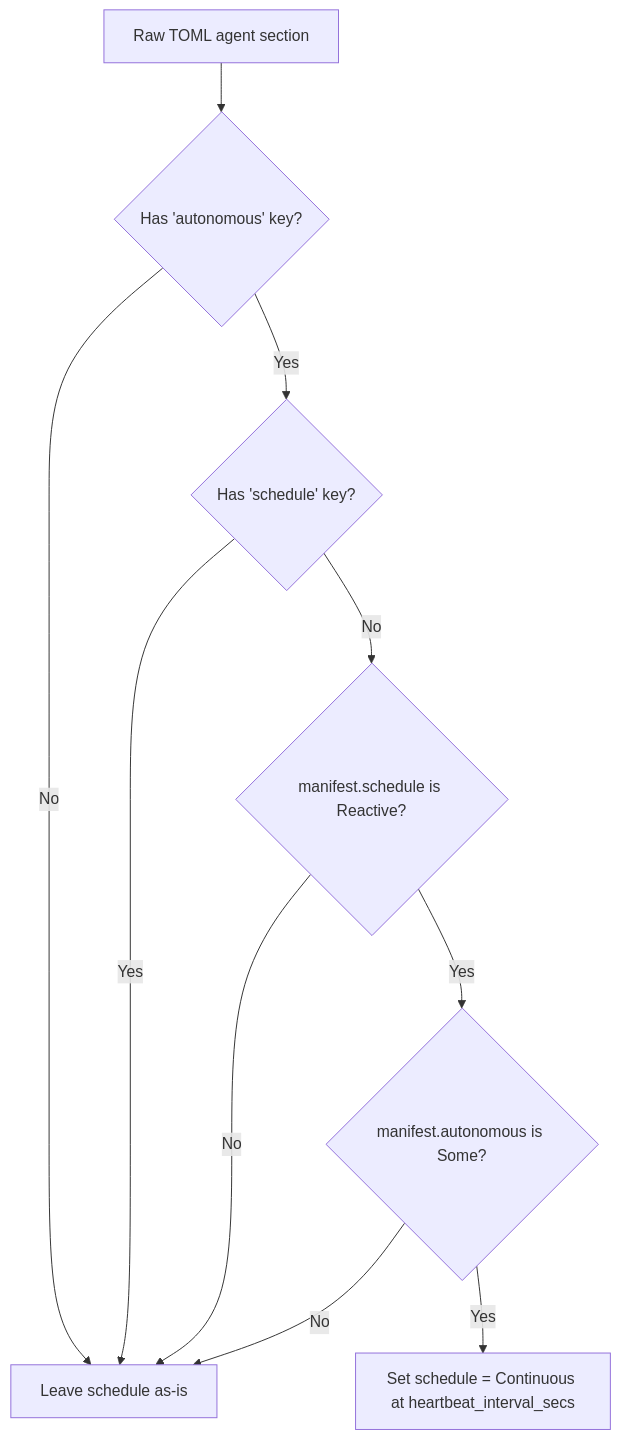
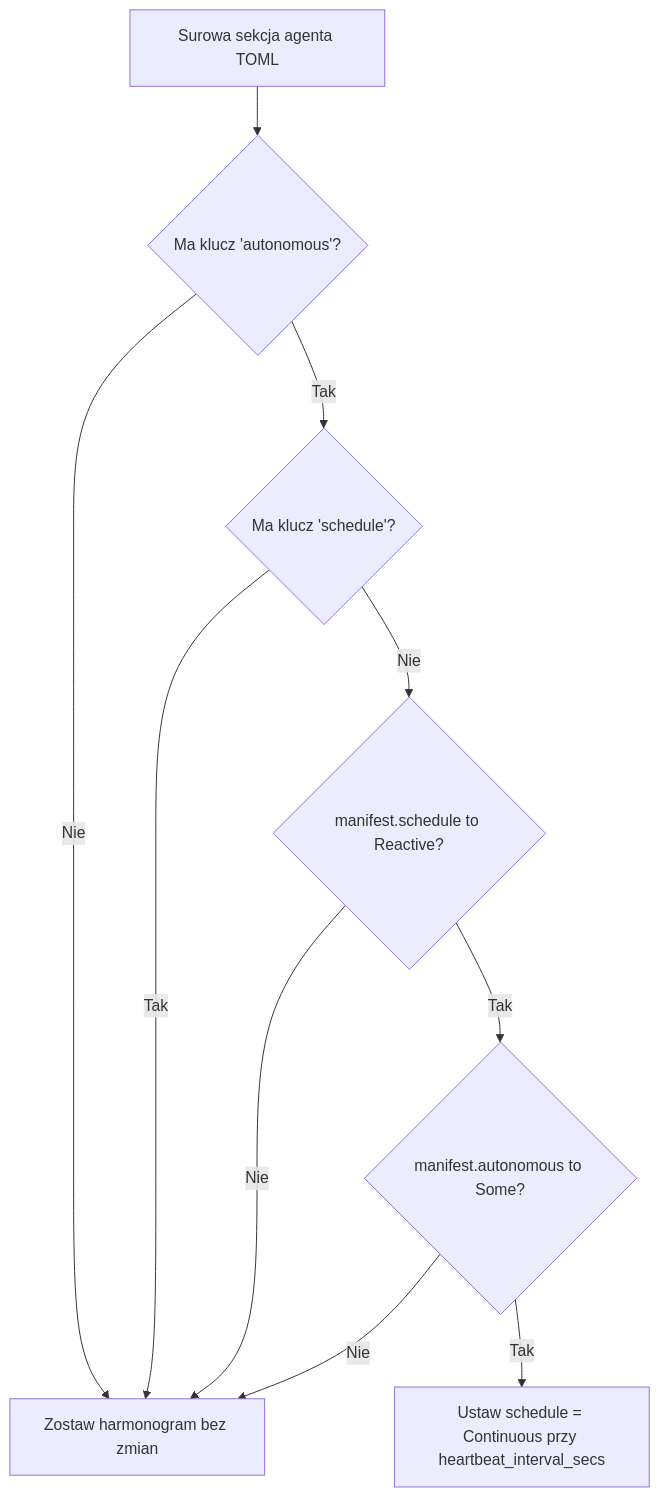
The diagram in crates-librefang-hands.md (leszek3737/librefang-WIki), drawn with Mermaid before and after one commit. The commit also changed other lines of this file and 104 other files, not shown here.

````diff
--- a/crates-librefang-hands.md
+++ b/crates-librefang-hands.md
@@ -94,12 +94,12 @@
 ```mermaid
 flowchart TD
-    A[Raw TOML agent section] --> B{Has 'autonomous' key?}
-    B -- No --> Z[Leave schedule as-is]
-    B -- Yes --> C{Has 'schedule' key?}
-    C -- Yes --> Z
-    C -- No --> D{manifest.schedule is Reactive?}
-    D -- No --> Z
-    D -- Yes --> E{manifest.autonomous is Some?}
-    E -- Yes --> F[Set schedule = Continuous at heartbeat_interval_secs]
-    E -- No --> Z
+    A[Surowa sekcja agenta TOML] --> B{Ma klucz 'autonomous'?}
+    B -- Nie --> Z[Zostaw harmonogram bez zmian]
+    B -- Tak --> C{Ma klucz 'schedule'?}
+    C -- Tak --> Z
+    C -- Nie --> D{manifest.schedule to Reactive?}
+    D -- Nie --> Z
+    D -- Tak --> E{manifest.autonomous to Some?}
+    E -- Tak --> F[Ustaw schedule = Continuous przy heartbeat_interval_secs]
+    E -- Nie --> Z
 ```
````
